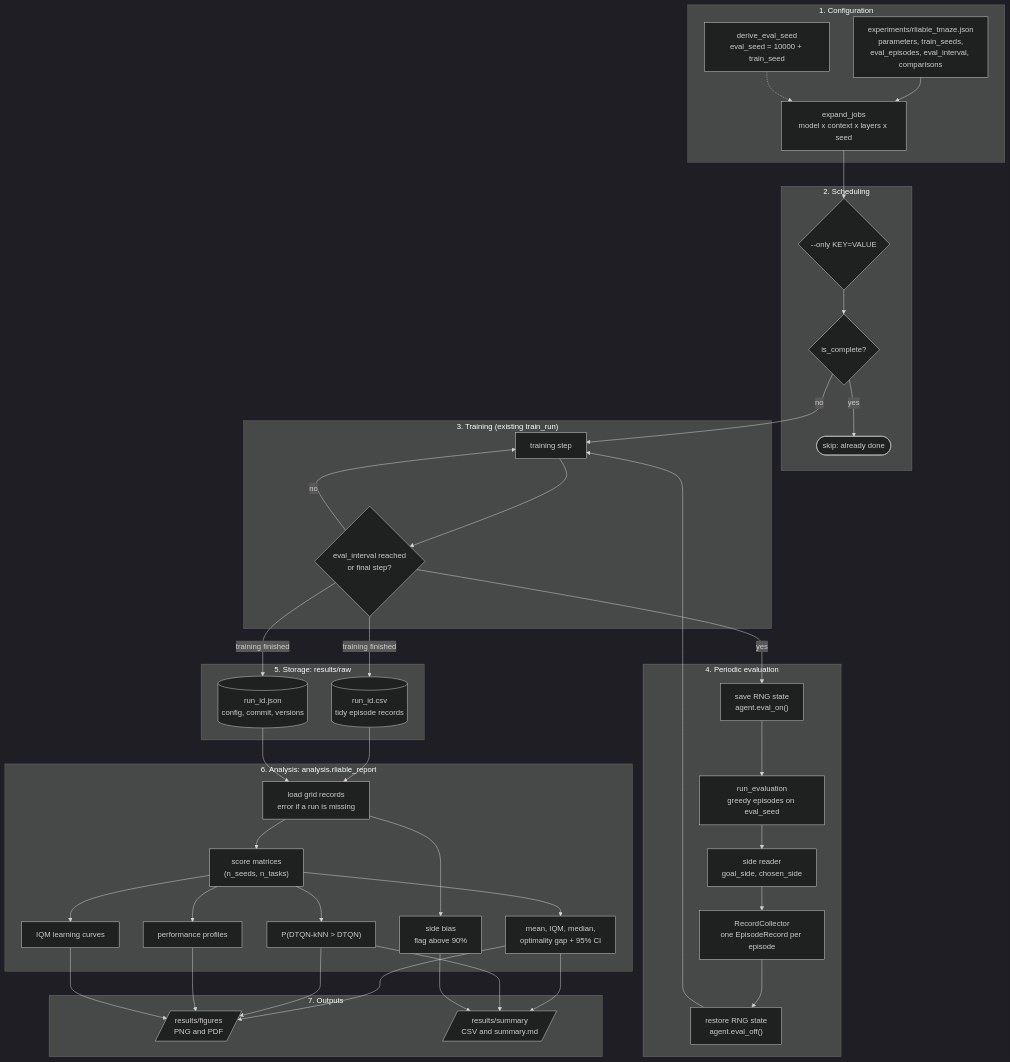
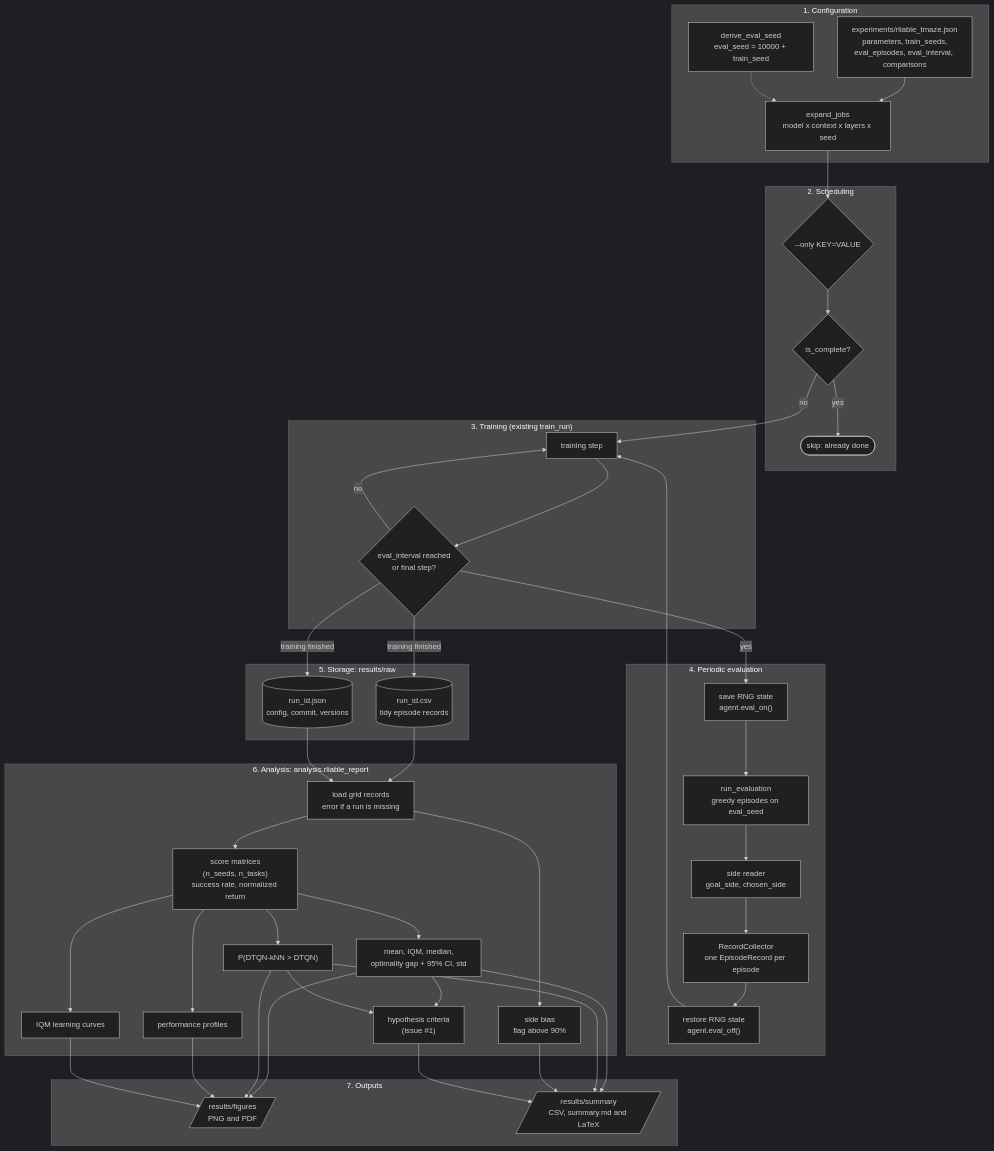
Before and after one commit to AndersonGACFilho/DTQN-EpisodicMemory: the first of 2 diagrams in docs/rliable-evaluation.md, drawn with Mermaid (dark theme). The commit also changed other lines of this file and 18 other files, not shown here.

````diff
--- a/docs/rliable-evaluation.md
+++ b/docs/rliable-evaluation.md
@@ -43,76 +44,80 @@
 ```mermaid
 flowchart TB
     subgraph CONFIG["1. Configuration"]
         GRID["experiments/rliable_tmaze.json<br/>parameters, train_seeds,<br/>eval_episodes, eval_interval, comparisons"]
         JOBS["expand_jobs<br/>model x context x layers x seed"]
         SEED["derive_eval_seed<br/>eval_seed = 10000 + train_seed"]
         GRID --> JOBS
         SEED -.-> JOBS
     end
 
     subgraph SCHEDULE["2. Scheduling"]
         FILTER{"--only KEY=VALUE"}
         DONE{"is_complete?"}
         SKIP(["skip: already done"])
         FILTER --> DONE
         DONE -- yes --> SKIP
     end
 
     subgraph TRAIN["3. Training (existing train_run)"]
         STEP["training step"]
         CHECK{"eval_interval reached<br/>or final step?"}
         STEP --> CHECK
         CHECK -- no --> STEP
     end
 
     subgraph EVAL["4. Periodic evaluation"]
         SAVE["save RNG state<br/>agent.eval_on()"]
         RUN["run_evaluation<br/>greedy episodes on eval_seed"]
         SIDES["side reader<br/>goal_side, chosen_side"]
         COLLECT["RecordCollector<br/>one EpisodeRecord per episode"]
         RESTORE["restore RNG state<br/>agent.eval_off()"]
         SAVE --> RUN --> SIDES --> COLLECT --> RESTORE
     end
 
     subgraph STORE["5. Storage: results/raw"]
         CSV[("run_id.csv<br/>tidy episode records")]
         META[("run_id.json<br/>config, commit, versions")]
     end
 
     subgraph ANALYSIS["6. Analysis: analysis.rliable_report"]
         LOAD["load grid records<br/>error if a run is missing"]
-        MATRIX["score matrices<br/>(n_seeds, n_tasks)"]
-        AGG["mean, IQM, median,<br/>optimality gap + 95% CI"]
+        MATRIX["score matrices<br/>(n_seeds, n_tasks)<br/>success rate, normalized return"]
+        AGG["mean, IQM, median,<br/>optimality gap + 95% CI, std"]
         POI["P(DTQN-kNN > DTQN)"]
         PROF["performance profiles"]
         CURVE["IQM learning curves"]
         BIAS["side bias<br/>flag above 90%"]
+        CRIT["hypothesis criteria<br/>(issue #1)"]
         LOAD --> MATRIX
         MATRIX --> AGG
         MATRIX --> POI
         MATRIX --> PROF
         MATRIX --> CURVE
         LOAD --> BIAS
+        AGG --> CRIT
+        POI --> CRIT
     end
 
     subgraph OUTPUT["7. Outputs"]
         FIGS[/"results/figures<br/>PNG and PDF"/]
-        TABLES[/"results/summary<br/>CSV and summary.md"/]
+        TABLES[/"results/summary<br/>CSV, summary.md and LaTeX"/]
     end
 
     JOBS --> FILTER
     DONE -- no --> STEP
     CHECK -- yes --> SAVE
     RESTORE --> STEP
     CHECK -- "training finished" --> CSV
     CHECK -- "training finished" --> META
     CSV --> LOAD
     META --> LOAD
     AGG --> FIGS
     POI --> FIGS
     PROF --> FIGS
     CURVE --> FIGS
     AGG --> TABLES
     POI --> TABLES
     BIAS --> TABLES
+    CRIT --> TABLES
 ```
````
